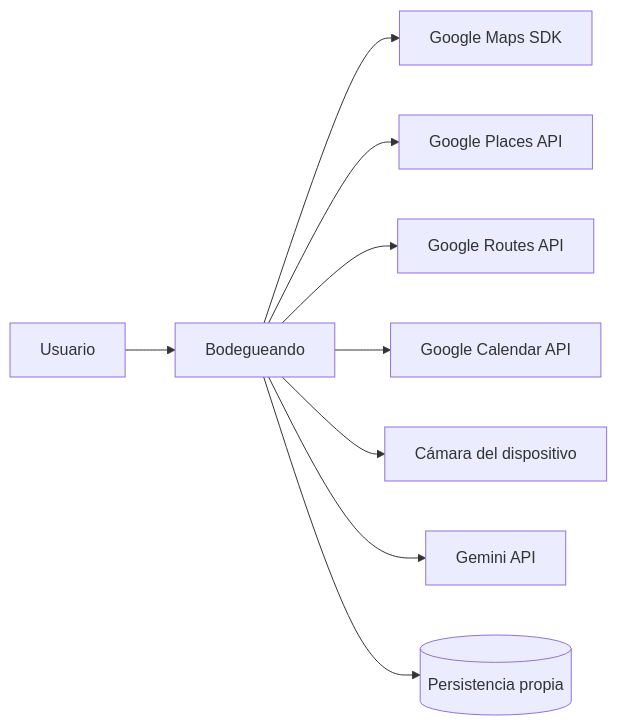
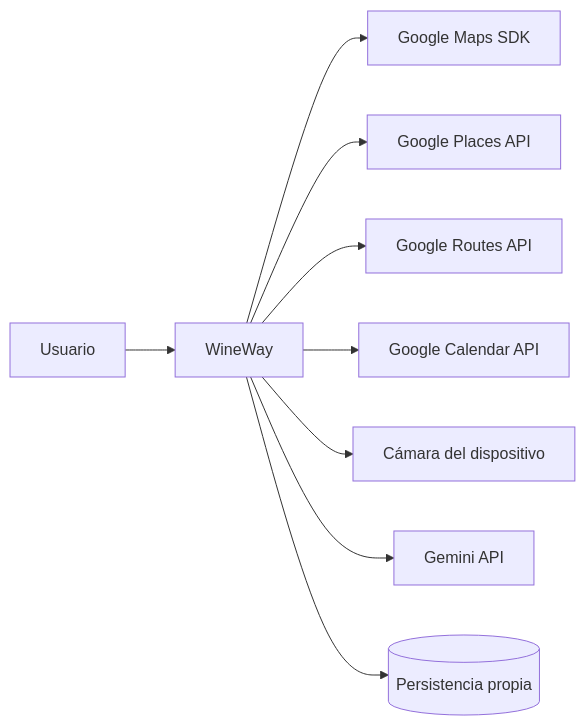
One commit to vitogiaquinta14/WineWay changed the first of 3 diagrams in wiki/04-apis-e-integraciones.md. Above: the diagram before and after it, drawn with Mermaid. The commit also changed other lines of this file and 8 other files, not shown here.

Commit message:
Unifica el nombre WineWay en la app y la wiki

````diff
--- a/wiki/04-apis-e-integraciones.md
+++ b/wiki/04-apis-e-integraciones.md
@@ -322,11 +322,11 @@
 ```mermaid
 flowchart LR
-    U[Usuario] --> APP[Bodegueando]
+    U[Usuario] --> APP[WineWay]
     APP --> MAPS[Google Maps SDK]
     APP --> PLACES[Google Places API]
     APP --> ROUTES[Google Routes API]
     APP --> CAL[Google Calendar API]
     APP --> CAM[Cámara del dispositivo]
     APP --> GEMINI[Gemini API]
     APP --> DB[(Persistencia propia)]
 ```
````
